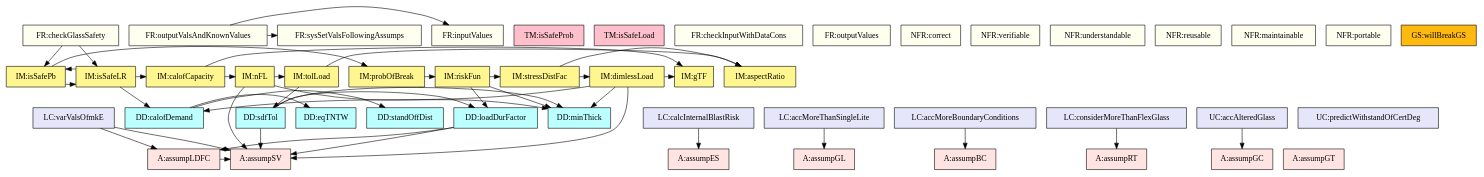
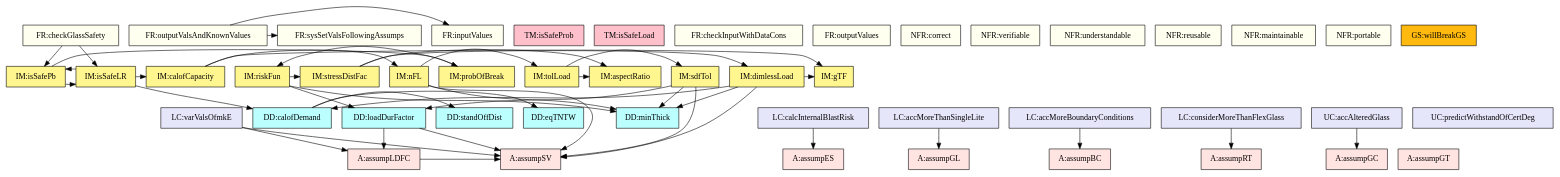
Before and after one commit to JacquesCarette/Drasil: the diagram in code/stable/glassbr/TraceyGraph/allvsall.dot, drawn with Graphviz. The commit also changed 23 other files, not shown here.

```diff
--- a/code/stable/glassbr/TraceyGraph/allvsall.dot
+++ b/code/stable/glassbr/TraceyGraph/allvsall.dot
@@ -1,134 +1,134 @@
 digraph allvsall {
 	assumpLDFC -> assumpSV;
 	loadDurFactor -> assumpSV;
 	loadDurFactor -> assumpLDFC;
-	sdfTol -> assumpSV;
-	sdfTol -> minThick;
-	sdfTol -> loadDurFactor;
 	demandq -> stdOffDist;
 	demandq -> eqTNTChar;
 	riskFun -> minThick;
 	riskFun -> loadDurFactor;
 	riskFun -> stressDistFac;
 	stressDistFac -> dimlessLoad;
 	stressDistFac -> aR;
 	nFL -> assumpSV;
 	nFL -> minThick;
 	nFL -> tolLoad;
 	dimlessLoad -> assumpSV;
 	dimlessLoad -> minThick;
 	dimlessLoad -> demandq;
 	dimlessLoad -> glassTypeFac;
 	tolLoad -> sdfTol;
 	tolLoad -> aR;
+	sdfTol -> assumpSV;
+	sdfTol -> minThick;
+	sdfTol -> loadDurFactor;
 	probBr -> riskFun;
 	lResistance -> nFL;
 	lResistance -> glassTypeFac;
 	isSafePb -> probBr;
 	isSafePb -> isSafeLR;
 	isSafeLR -> demandq;
 	isSafeLR -> lResistance;
 	isSafeLR -> isSafePb;
 	outputValsAndKnownValues -> inputValues;
 	outputValsAndKnownValues -> sysSetValsFollowingAssumps;
 	checkGlassSafety -> isSafePb;
 	checkGlassSafety -> isSafeLR;
 	calcInternalBlastRisk -> assumpES;
 	varValsOfmkE -> assumpSV;
 	varValsOfmkE -> assumpLDFC;
 	accMoreThanSingleLite -> assumpGL;
 	accMoreBoundaryConditions -> assumpBC;
 	considerMoreThanFlexGlass -> assumpRT;
 	accAlteredGlass -> assumpGC;
 
 
 	assumpGT	[shape=box, color=black, style=filled, fillcolor=mistyrose, label="A:assumpGT"];
 	assumpGC	[shape=box, color=black, style=filled, fillcolor=mistyrose, label="A:assumpGC"];
 	assumpES	[shape=box, color=black, style=filled, fillcolor=mistyrose, label="A:assumpES"];
 	assumpSV	[shape=box, color=black, style=filled, fillcolor=mistyrose, label="A:assumpSV"];
 	assumpGL	[shape=box, color=black, style=filled, fillcolor=mistyrose, label="A:assumpGL"];
 	assumpBC	[shape=box, color=black, style=filled, fillcolor=mistyrose, label="A:assumpBC"];
 	assumpRT	[shape=box, color=black, style=filled, fillcolor=mistyrose, label="A:assumpRT"];
 	assumpLDFC	[shape=box, color=black, style=filled, fillcolor=mistyrose, label="A:assumpLDFC"];
 
 	subgraph A {
 	rank="same"
 	{assumpGT, assumpGC, assumpES, assumpSV, assumpGL, assumpBC, assumpRT, assumpLDFC}
 	}
 
 	minThick	[shape=box, color=black, style=filled, fillcolor=paleturquoise1, label="DD:minThick"];
 	loadDurFactor	[shape=box, color=black, style=filled, fillcolor=paleturquoise1, label="DD:loadDurFactor"];
-	sdfTol	[shape=box, color=black, style=filled, fillcolor=paleturquoise1, label="DD:sdfTol"];
 	stdOffDist	[shape=box, color=black, style=filled, fillcolor=paleturquoise1, label="DD:standOffDist"];
 	eqTNTChar	[shape=box, color=black, style=filled, fillcolor=paleturquoise1, label="DD:eqTNTW"];
 	demandq	[shape=box, color=black, style=filled, fillcolor=paleturquoise1, label="DD:calofDemand"];
 
 	subgraph DD {
 	rank="same"
-	{minThick, loadDurFactor, sdfTol, stdOffDist, eqTNTChar, demandq}
+	{minThick, loadDurFactor, stdOffDist, eqTNTChar, demandq}
 	}
 
 	isSafeProb	[shape=box, color=black, style=filled, fillcolor=pink, label="TM:isSafeProb"];
 	isSafeLoad	[shape=box, color=black, style=filled, fillcolor=pink, label="TM:isSafeLoad"];
 
 	subgraph TM {
 	rank="same"
 	{isSafeProb, isSafeLoad}
 	}
 
 	riskFun	[shape=box, color=black, style=filled, fillcolor=khaki1, label="IM:riskFun"];
 	stressDistFac	[shape=box, color=black, style=filled, fillcolor=khaki1, label="IM:stressDistFac"];
 	nFL	[shape=box, color=black, style=filled, fillcolor=khaki1, label="IM:nFL"];
 	glassTypeFac	[shape=box, color=black, style=filled, fillcolor=khaki1, label="IM:gTF"];
 	dimlessLoad	[shape=box, color=black, style=filled, fillcolor=khaki1, label="IM:dimlessLoad"];
 	tolLoad	[shape=box, color=black, style=filled, fillcolor=khaki1, label="IM:tolLoad"];
+	sdfTol	[shape=box, color=black, style=filled, fillcolor=khaki1, label="IM:sdfTol"];
 	aR	[shape=box, color=black, style=filled, fillcolor=khaki1, label="IM:aspectRatio"];
 	probBr	[shape=box, color=black, style=filled, fillcolor=khaki1, label="IM:probOfBreak"];
 	lResistance	[shape=box, color=black, style=filled, fillcolor=khaki1, label="IM:calofCapacity"];
 	isSafePb	[shape=box, color=black, style=filled, fillcolor=khaki1, label="IM:isSafePb"];
 	isSafeLR	[shape=box, color=black, style=filled, fillcolor=khaki1, label="IM:isSafeLR"];
 
 	subgraph IM {
 	rank="same"
-	{riskFun, stressDistFac, nFL, glassTypeFac, dimlessLoad, tolLoad, aR, probBr, lResistance, isSafePb, isSafeLR}
+	{riskFun, stressDistFac, nFL, glassTypeFac, dimlessLoad, tolLoad, sdfTol, aR, probBr, lResistance, isSafePb, isSafeLR}
 	}
 
 	inputValues	[shape=box, color=black, style=filled, fillcolor=ivory, label="FR:inputValues"];
 	sysSetValsFollowingAssumps	[shape=box, color=black, style=filled, fillcolor=ivory, label="FR:sysSetValsFollowingAssumps"];
 	checkInputWithDataCons	[shape=box, color=black, style=filled, fillcolor=ivory, label="FR:checkInputWithDataCons"];
 	outputValsAndKnownValues	[shape=box, color=black, style=filled, fillcolor=ivory, label="FR:outputValsAndKnownValues"];
 	checkGlassSafety	[shape=box, color=black, style=filled, fillcolor=ivory, label="FR:checkGlassSafety"];
 	outputValues	[shape=box, color=black, style=filled, fillcolor=ivory, label="FR:outputValues"];
 	correct	[shape=box, color=black, style=filled, fillcolor=ivory, label="NFR:correct"];
 	verifiable	[shape=box, color=black, style=filled, fillcolor=ivory, label="NFR:verifiable"];
 	understandable	[shape=box, color=black, style=filled, fillcolor=ivory, label="NFR:understandable"];
 	reusable	[shape=box, color=black, style=filled, fillcolor=ivory, label="NFR:reusable"];
 	maintainable	[shape=box, color=black, style=filled, fillcolor=ivory, label="NFR:maintainable"];
 	portable	[shape=box, color=black, style=filled, fillcolor=ivory, label="NFR:portable"];
 
 	subgraph FR {
 	rank="same"
 	{inputValues, sysSetValsFollowingAssumps, checkInputWithDataCons, outputValsAndKnownValues, checkGlassSafety, outputValues, correct, verifiable, understandable, reusable, maintainable, portable}
 	}
 
 	willBreakGS	[shape=box, color=black, style=filled, fillcolor=darkgoldenrod1, label="GS:willBreakGS"];
 
 	subgraph GS {
 	rank="same"
 	{willBreakGS}
 	}
 
 	calcInternalBlastRisk	[shape=box, color=black, style=filled, fillcolor=lavender, label="LC:calcInternalBlastRisk"];
 	varValsOfmkE	[shape=box, color=black, style=filled, fillcolor=lavender, label="LC:varValsOfmkE"];
 	accMoreThanSingleLite	[shape=box, color=black, style=filled, fillcolor=lavender, label="LC:accMoreThanSingleLite"];
 	accMoreBoundaryConditions	[shape=box, color=black, style=filled, fillcolor=lavender, label="LC:accMoreBoundaryConditions"];
 	considerMoreThanFlexGlass	[shape=box, color=black, style=filled, fillcolor=lavender, label="LC:considerMoreThanFlexGlass"];
 	predictWithstandOfCertDeg	[shape=box, color=black, style=filled, fillcolor=lavender, label="UC:predictWithstandOfCertDeg"];
 	accAlteredGlass	[shape=box, color=black, style=filled, fillcolor=lavender, label="UC:accAlteredGlass"];
 
 	subgraph LC {
 	rank="same"
 	{calcInternalBlastRisk, varValsOfmkE, accMoreThanSingleLite, accMoreBoundaryConditions, considerMoreThanFlexGlass, predictWithstandOfCertDeg, accAlteredGlass}
 	}
 
 }
```
